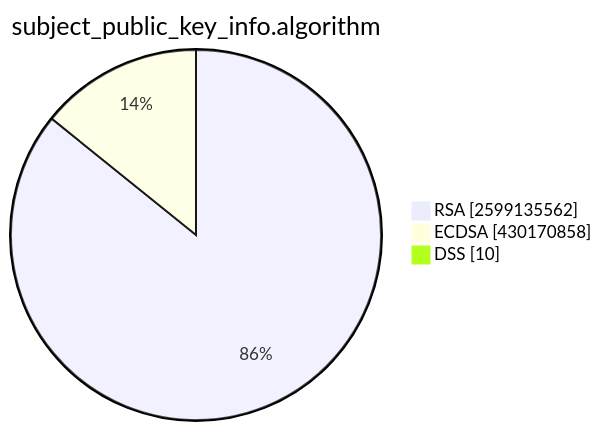
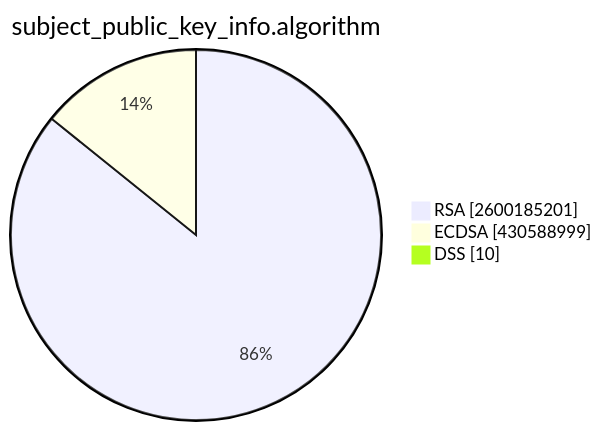
The second of 15 diagrams in TOTAL/README.md (christiankrug/ctmonitor_visualization), drawn with Mermaid before and after one commit. The commit also changed other lines of this file, not shown here.

````diff
--- a/TOTAL/README.md
+++ b/TOTAL/README.md
@@ -6,7 +6,7 @@
 ```mermaid
 pie showData
 title subject_public_key_info.algorithm
-"RSA" :2599135562
-"ECDSA" :430170858
+"RSA" :2600185201
+"ECDSA" :430588999
 "DSS" :10
 ```
````
